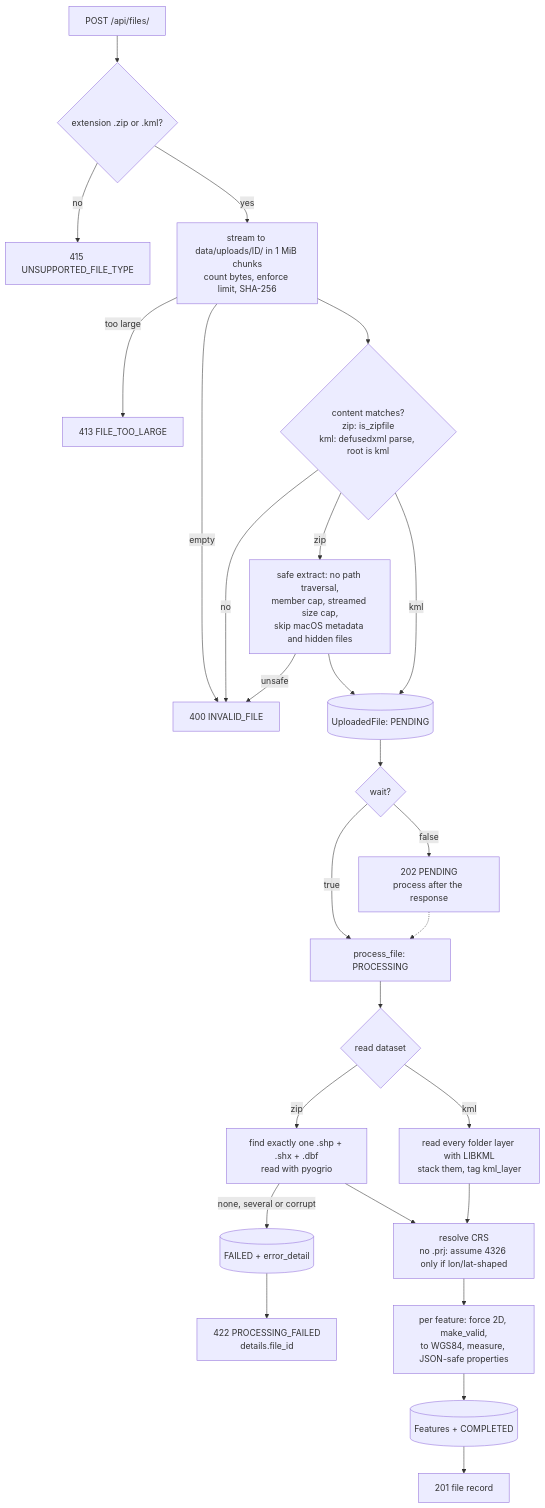
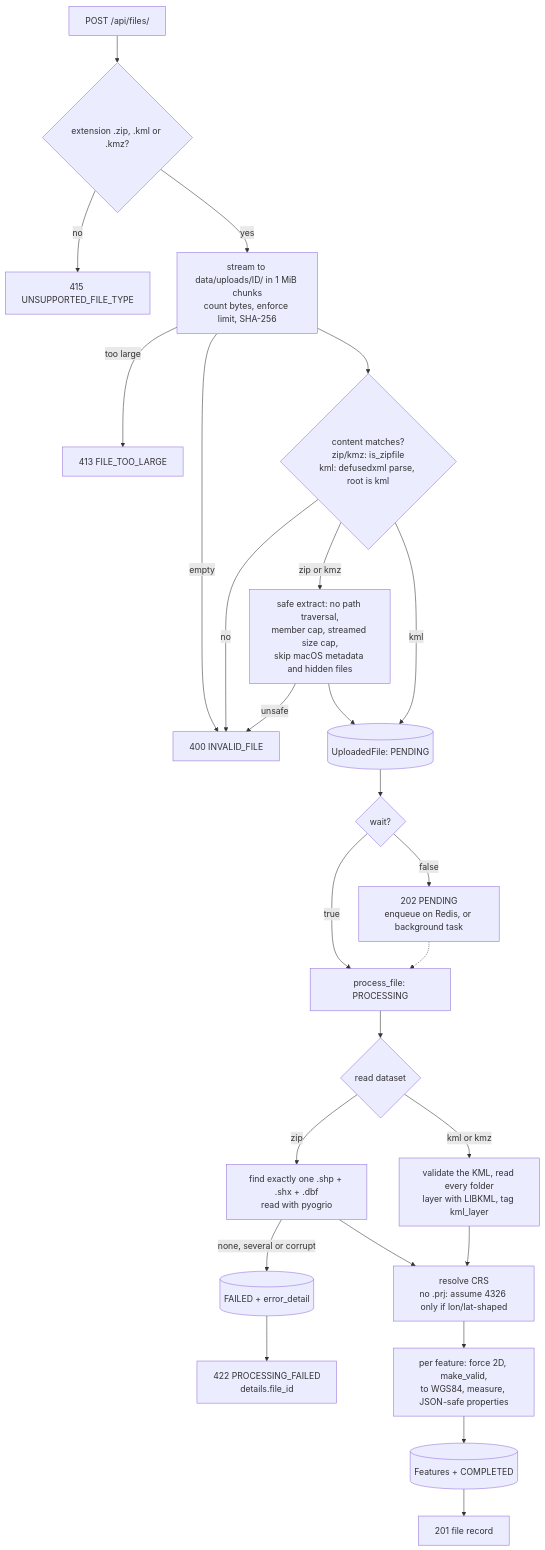
Before and after one commit to SuvidhJ/Geospatial-file-measurement-API: the second of 3 diagrams in README.md, drawn with Mermaid. The commit also changed other lines of this file and 4 other files, not shown here.

````diff
--- a/README.md
+++ b/README.md
@@ -515,28 +549,28 @@
 ```mermaid
 flowchart TD
-    A["POST /api/files/"] --> B{"extension .zip or .kml?"}
+    A["POST /api/files/"] --> B{"extension .zip, .kml or .kmz?"}
     B -- no --> E415["415 UNSUPPORTED_FILE_TYPE"]
     B -- yes --> C["stream to data/uploads/ID/ in 1 MiB chunks<br/>count bytes, enforce limit, SHA-256"]
     C -- "too large" --> E413["413 FILE_TOO_LARGE"]
     C -- empty --> E400["400 INVALID_FILE"]
-    C --> D{"content matches?<br/>zip: is_zipfile<br/>kml: defusedxml parse, root is kml"}
+    C --> D{"content matches?<br/>zip/kmz: is_zipfile<br/>kml: defusedxml parse, root is kml"}
     D -- no --> E400
-    D -- zip --> F["safe extract: no path traversal,<br/>member cap, streamed size cap,<br/>skip macOS metadata and hidden files"]
+    D -- "zip or kmz" --> F["safe extract: no path traversal,<br/>member cap, streamed size cap,<br/>skip macOS metadata and hidden files"]
     F -- unsafe --> E400
     F --> G[("UploadedFile: PENDING")]
     D -- kml --> G
     G --> Q{"wait?"}
-    Q -- "false" --> R202["202 PENDING<br/>process after the response"]
+    Q -- "false" --> R202["202 PENDING<br/>enqueue on Redis, or background task"]
     Q -- "true" --> H["process_file: PROCESSING"]
     R202 -.-> H
     H --> I{"read dataset"}
     I -- zip --> J["find exactly one .shp + .shx + .dbf<br/>read with pyogrio"]
-    I -- kml --> K["read every folder layer with LIBKML<br/>stack them, tag kml_layer"]
+    I -- "kml or kmz" --> K["validate the KML, read every folder<br/>layer with LIBKML, tag kml_layer"]
     J -- "none, several or corrupt" --> FAIL[("FAILED + error_detail")]
     FAIL --> E422["422 PROCESSING_FAILED<br/>details.file_id"]
     J --> L["resolve CRS<br/>no .prj: assume 4326 only if lon/lat-shaped"]
     K --> L
     L --> M["per feature: force 2D, make_valid,<br/>to WGS84, measure, JSON-safe properties"]
     M --> N[("Features + COMPLETED")]
     N --> R201["201 file record"]
 ```
````
